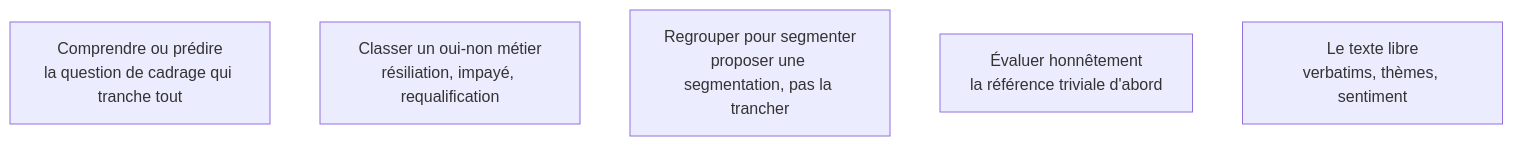
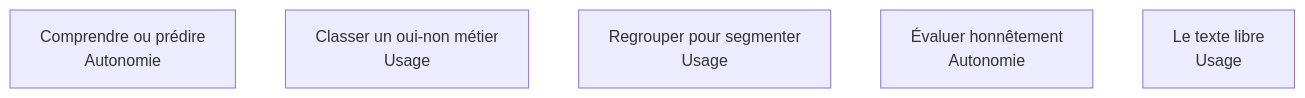
The diagram in content/parcours/data-analyst/modelisation-appliquee/index.md (floSa/Atlas-Metiers-Roadmaps), drawn with Mermaid before and after one commit. The commit also changed 20 other files, not shown here.

````diff
--- a/content/parcours/data-analyst/modelisation-appliquee/index.md
+++ b/content/parcours/data-analyst/modelisation-appliquee/index.md
@@ -11,14 +11,14 @@
 ```mermaid
 flowchart TD
-  Q["Comprendre ou prédire<br/>la question de cadrage qui tranche tout"]
-  C["Classer un oui-non métier<br/>résiliation, impayé, requalification"]
-  R["Regrouper pour segmenter<br/>proposer une segmentation, pas la trancher"]
-  E["Évaluer honnêtement<br/>la référence triviale d'abord"]
-  V["Le texte libre<br/>verbatims, thèmes, sentiment"]
+  Q["Comprendre ou prédire<br/>Autonomie"]
+  C["Classer un oui-non métier<br/>Usage"]
+  R["Regrouper pour segmenter<br/>Usage"]
+  E["Évaluer honnêtement<br/>Autonomie"]
+  V["Le texte libre<br/>Usage"]
 
   click Q "/parcours/data-analyst/modelisation-appliquee/comprendre-ou-predire"
   click C "/parcours/data-analyst/modelisation-appliquee/classer-un-oui-non-metier"
   click R "/parcours/data-analyst/modelisation-appliquee/regrouper-pour-segmenter"
   click E "/parcours/data-analyst/modelisation-appliquee/evaluer-honnetement"
   click V "/parcours/data-analyst/modelisation-appliquee/le-texte-libre"
 ```
````
